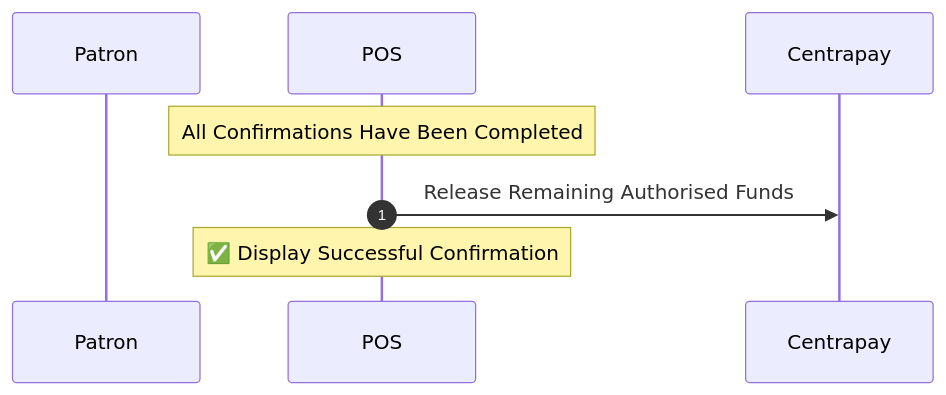
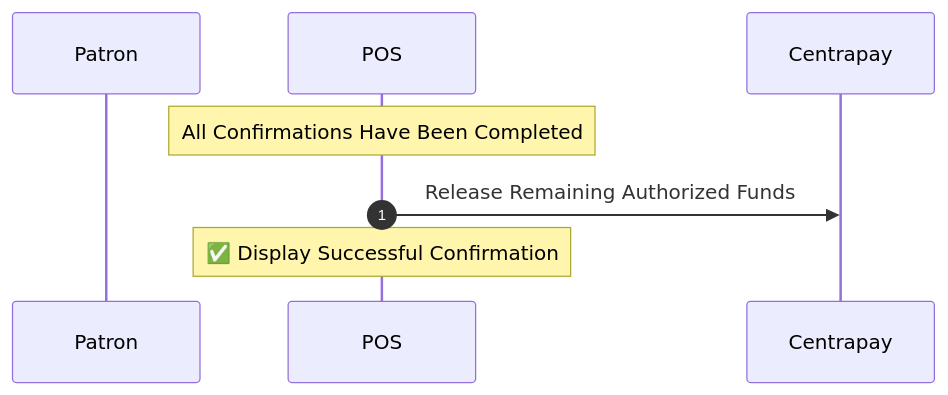
Before and after one commit to centrapay/centrapay-docs: the fourth of 4 diagrams in content/guides/requesting-pre-auth.md, drawn with Mermaid. The commit also changed other lines of this file and 4 other files, not shown here.

````diff
--- a/content/guides/requesting-pre-auth.md
+++ b/content/guides/requesting-pre-auth.md
@@ -117,12 +117,12 @@
 ```mermaid
 sequenceDiagram
 	autonumber
 
 	participant P as Patron
 	participant POS
 	participant C as Centrapay
 
 	note over POS: All Confirmations Have Been Completed
-		POS->>C: Release Remaining Authorised Funds
+		POS->>C: Release Remaining Authorized Funds
 		Note over POS: ✅ Display Successful Confirmation
 ```
````
